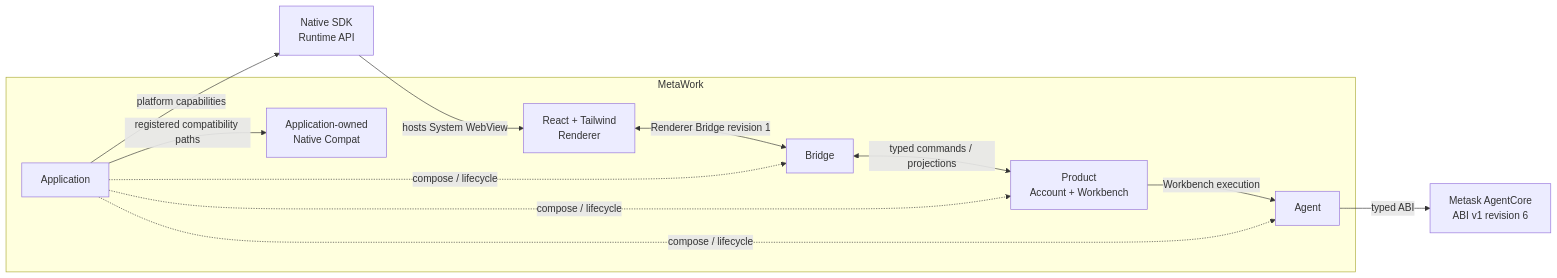
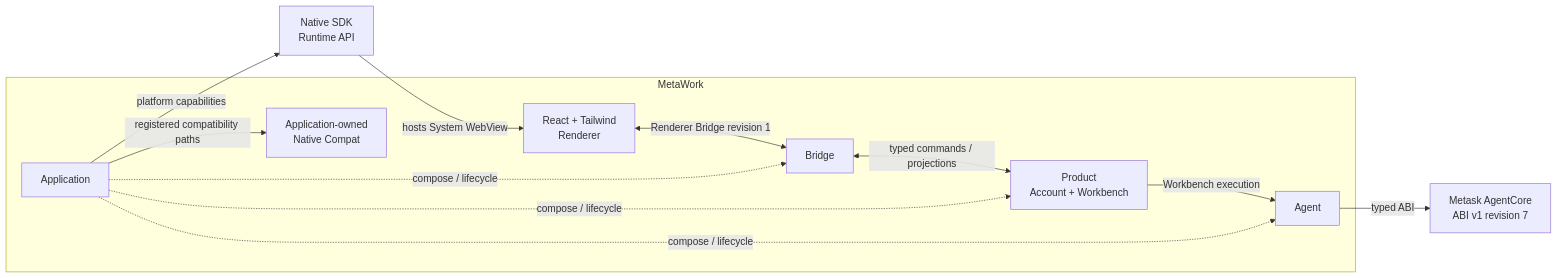
The diagram in README.md (metask-ai/metawork), drawn with Mermaid before and after one commit. The commit also changed other lines of this file and 21 other files, not shown here.

Commit message:
feat: upgrade AgentCore ABI to revision 7

````diff
--- a/README.md
+++ b/README.md
@@ -7,26 +7,26 @@
 ```mermaid
 flowchart LR
     subgraph METAWORK["MetaWork"]
         RENDERER["React + Tailwind<br/>Renderer"]
         BRIDGE["Bridge"]
         PRODUCT["Product<br/>Account + Workbench"]
         AGENT["Agent"]
         APPLICATION["Application"]
         NATIVE_COMPAT["Application-owned<br/>Native Compat"]
 
         RENDERER <-->|"Renderer Bridge revision 1"| BRIDGE
         BRIDGE <-->|"typed commands / projections"| PRODUCT
         PRODUCT -->|"Workbench execution"| AGENT
 
         APPLICATION -. "compose / lifecycle" .-> BRIDGE
         APPLICATION -. "compose / lifecycle" .-> PRODUCT
         APPLICATION -. "compose / lifecycle" .-> AGENT
         APPLICATION -->|"registered compatibility paths"| NATIVE_COMPAT
     end
 
-    AGENTCORE["Metask AgentCore<br/>ABI v1 revision 6"]
+    AGENTCORE["Metask AgentCore<br/>ABI v1 revision 7"]
     NATIVE_RUNTIME["Native SDK<br/>Runtime API"]
     AGENT -->|"typed ABI"| AGENTCORE
     APPLICATION -->|"platform capabilities"| NATIVE_RUNTIME
     NATIVE_RUNTIME -->|"hosts System WebView"| RENDERER
 ```
````
